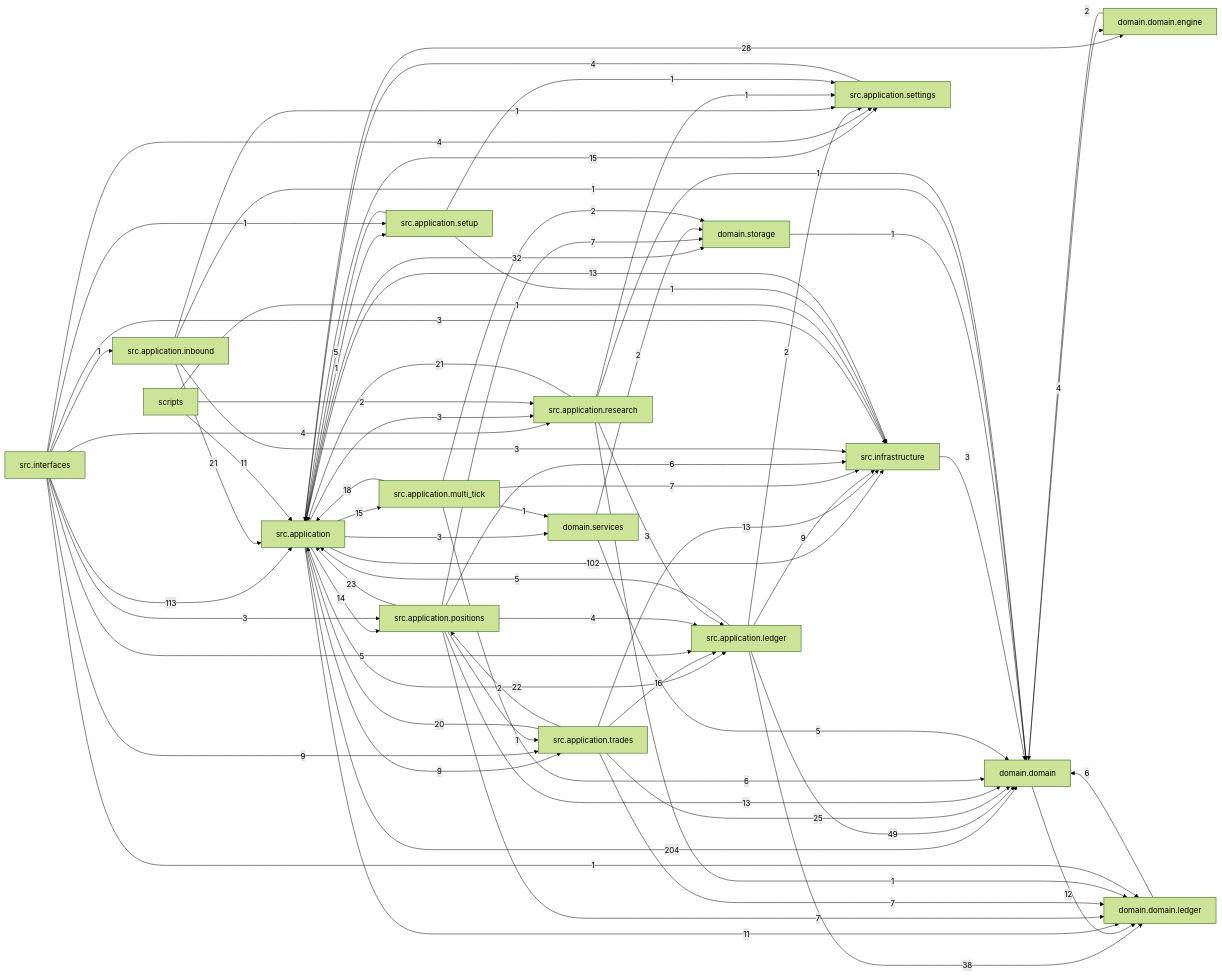
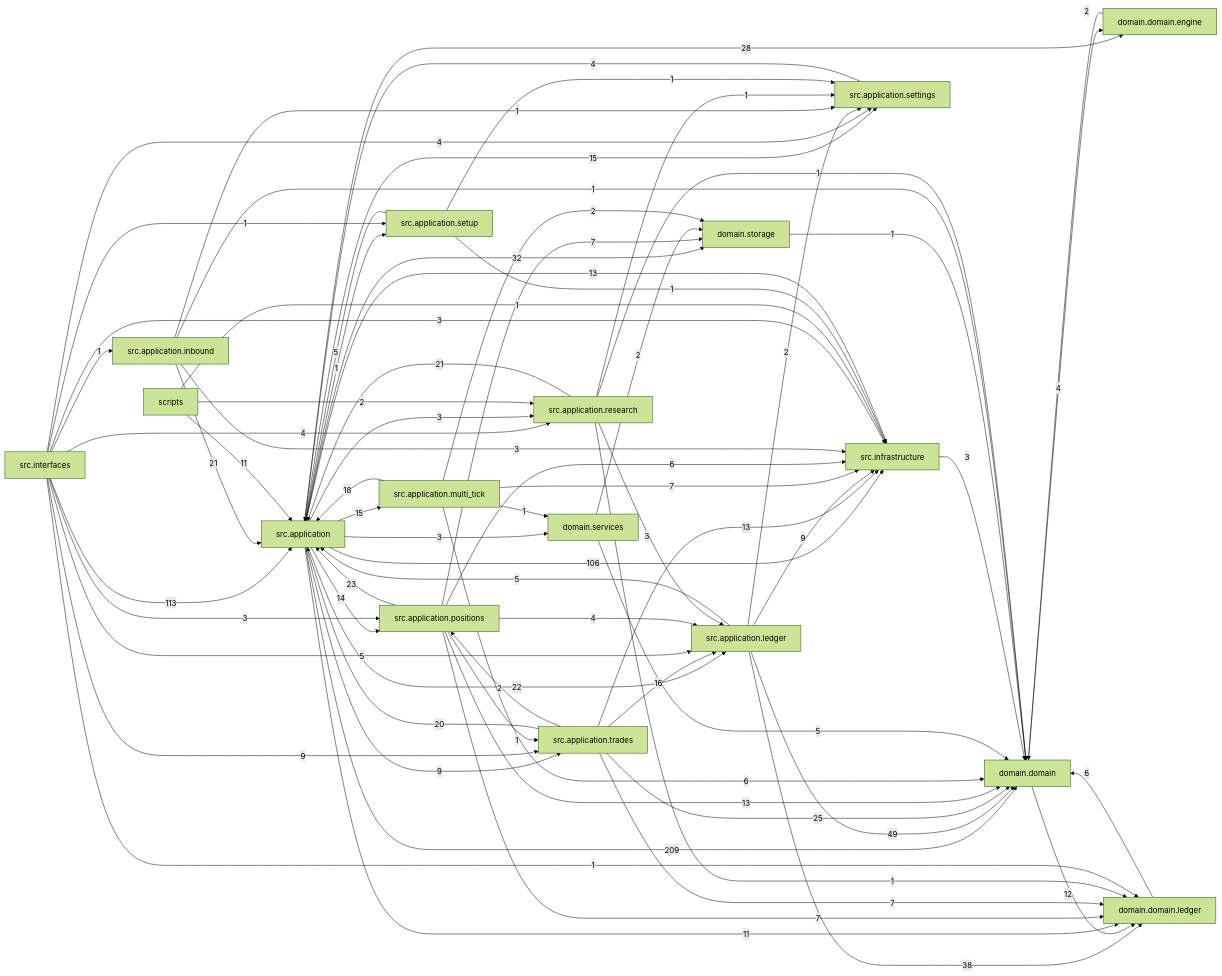
The diagram in docs/dependency_graph.mmd (liuxie066/options-monitor), drawn with Mermaid (forest theme) before and after one commit. The commit also changed 13 other files, not shown here.

```diff
--- a/docs/dependency_graph.mmd
+++ b/docs/dependency_graph.mmd
@@ -1,72 +1,72 @@
 flowchart LR
-  src_application["src.application"] -->|204| domain_domain["domain.domain"]
+  src_application["src.application"] -->|209| domain_domain["domain.domain"]
   src_interfaces["src.interfaces"] -->|113| src_application["src.application"]
-  src_application["src.application"] -->|102| src_infrastructure["src.infrastructure"]
+  src_application["src.application"] -->|106| src_infrastructure["src.infrastructure"]
   src_application_ledger["src.application.ledger"] -->|49| domain_domain["domain.domain"]
   src_application_ledger["src.application.ledger"] -->|38| domain_domain_ledger["domain.domain.ledger"]
   src_application["src.application"] -->|32| domain_storage["domain.storage"]
   src_application["src.application"] -->|28| domain_domain_engine["domain.domain.engine"]
   src_application_trades["src.application.trades"] -->|25| domain_domain["domain.domain"]
   src_application_positions["src.application.positions"] -->|23| src_application["src.application"]
   src_application["src.application"] -->|22| src_application_ledger["src.application.ledger"]
   src_application_inbound["src.application.inbound"] -->|21| src_application["src.application"]
   src_application_research["src.application.research"] -->|21| src_application["src.application"]
   src_application_trades["src.application.trades"] -->|20| src_application["src.application"]
   src_application_multi_tick["src.application.multi_tick"] -->|18| src_application["src.application"]
   src_application_trades["src.application.trades"] -->|16| src_application_ledger["src.application.ledger"]
   src_application["src.application"] -->|15| src_application_multi_tick["src.application.multi_tick"]
   src_application["src.application"] -->|15| src_application_settings["src.application.settings"]
   src_application["src.application"] -->|14| src_application_positions["src.application.positions"]
   src_application_positions["src.application.positions"] -->|13| domain_domain["domain.domain"]
   src_application_trades["src.application.trades"] -->|13| src_infrastructure["src.infrastructure"]
   src_infrastructure["src.infrastructure"] -->|13| src_application["src.application"]
   domain_domain["domain.domain"] -->|12| domain_domain_ledger["domain.domain.ledger"]
   scripts["scripts"] -->|11| src_application["src.application"]
   src_application["src.application"] -->|11| domain_domain_ledger["domain.domain.ledger"]
   src_application["src.application"] -->|9| src_application_trades["src.application.trades"]
   src_application_ledger["src.application.ledger"] -->|9| src_infrastructure["src.infrastructure"]
   src_interfaces["src.interfaces"] -->|9| src_application_trades["src.application.trades"]
   src_application_multi_tick["src.application.multi_tick"] -->|7| src_infrastructure["src.infrastructure"]
   src_application_positions["src.application.positions"] -->|7| domain_domain_ledger["domain.domain.ledger"]
   src_application_positions["src.application.positions"] -->|7| domain_storage["domain.storage"]
   src_application_trades["src.application.trades"] -->|7| domain_domain_ledger["domain.domain.ledger"]
   domain_domain_ledger["domain.domain.ledger"] -->|6| domain_domain["domain.domain"]
   src_application_multi_tick["src.application.multi_tick"] -->|6| domain_domain["domain.domain"]
   src_application_positions["src.application.positions"] -->|6| src_infrastructure["src.infrastructure"]
   domain_services["domain.services"] -->|5| domain_domain["domain.domain"]
   src_application_ledger["src.application.ledger"] -->|5| src_application["src.application"]
   src_application_setup["src.application.setup"] -->|5| src_application["src.application"]
   src_interfaces["src.interfaces"] -->|5| src_application_ledger["src.application.ledger"]
   domain_domain["domain.domain"] -->|4| domain_domain_engine["domain.domain.engine"]
   src_application_positions["src.application.positions"] -->|4| src_application_ledger["src.application.ledger"]
   src_application_settings["src.application.settings"] -->|4| src_application["src.application"]
   src_interfaces["src.interfaces"] -->|4| src_application_research["src.application.research"]
   src_interfaces["src.interfaces"] -->|4| src_application_settings["src.application.settings"]
   src_application["src.application"] -->|3| domain_services["domain.services"]
   src_application["src.application"] -->|3| src_application_research["src.application.research"]
   src_application_inbound["src.application.inbound"] -->|3| src_infrastructure["src.infrastructure"]
   src_application_research["src.application.research"] -->|3| src_application_ledger["src.application.ledger"]
   src_infrastructure["src.infrastructure"] -->|3| domain_domain["domain.domain"]
   src_interfaces["src.interfaces"] -->|3| src_application_positions["src.application.positions"]
   src_interfaces["src.interfaces"] -->|3| src_infrastructure["src.infrastructure"]
   domain_domain_engine["domain.domain.engine"] -->|2| domain_domain["domain.domain"]
   domain_services["domain.services"] -->|2| domain_storage["domain.storage"]
   scripts["scripts"] -->|2| src_application_research["src.application.research"]
   src_application_ledger["src.application.ledger"] -->|2| src_application_settings["src.application.settings"]
   src_application_multi_tick["src.application.multi_tick"] -->|2| domain_storage["domain.storage"]
   src_application_trades["src.application.trades"] -->|2| src_application_positions["src.application.positions"]
   domain_storage["domain.storage"] -->|1| domain_domain["domain.domain"]
   scripts["scripts"] -->|1| src_infrastructure["src.infrastructure"]
   src_application["src.application"] -->|1| src_application_setup["src.application.setup"]
   src_application_inbound["src.application.inbound"] -->|1| domain_domain["domain.domain"]
   src_application_inbound["src.application.inbound"] -->|1| src_application_settings["src.application.settings"]
   src_application_multi_tick["src.application.multi_tick"] -->|1| domain_services["domain.services"]
   src_application_positions["src.application.positions"] -->|1| src_application_trades["src.application.trades"]
   src_application_research["src.application.research"] -->|1| domain_domain["domain.domain"]
   src_application_research["src.application.research"] -->|1| domain_domain_ledger["domain.domain.ledger"]
   src_application_research["src.application.research"] -->|1| src_application_settings["src.application.settings"]
   src_application_setup["src.application.setup"] -->|1| src_application_settings["src.application.settings"]
   src_application_setup["src.application.setup"] -->|1| src_infrastructure["src.infrastructure"]
   src_interfaces["src.interfaces"] -->|1| domain_domain_ledger["domain.domain.ledger"]
   src_interfaces["src.interfaces"] -->|1| src_application_inbound["src.application.inbound"]
   src_interfaces["src.interfaces"] -->|1| src_application_setup["src.application.setup"]
```
